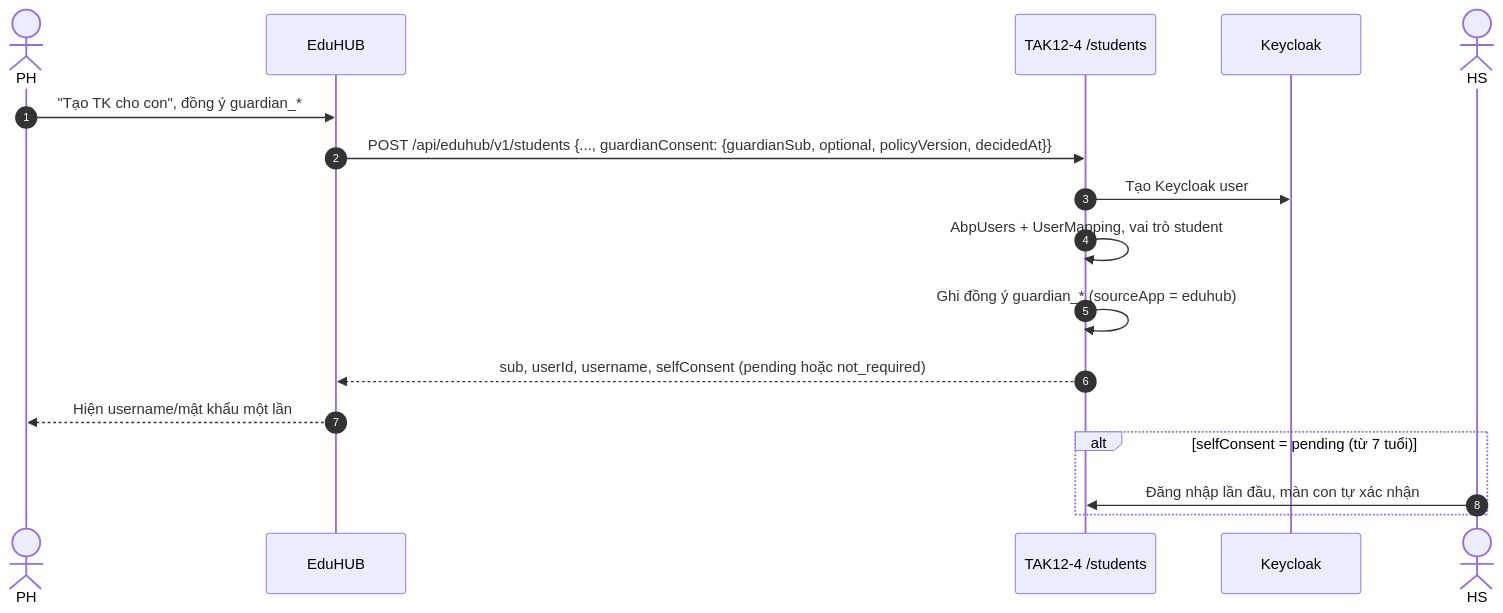
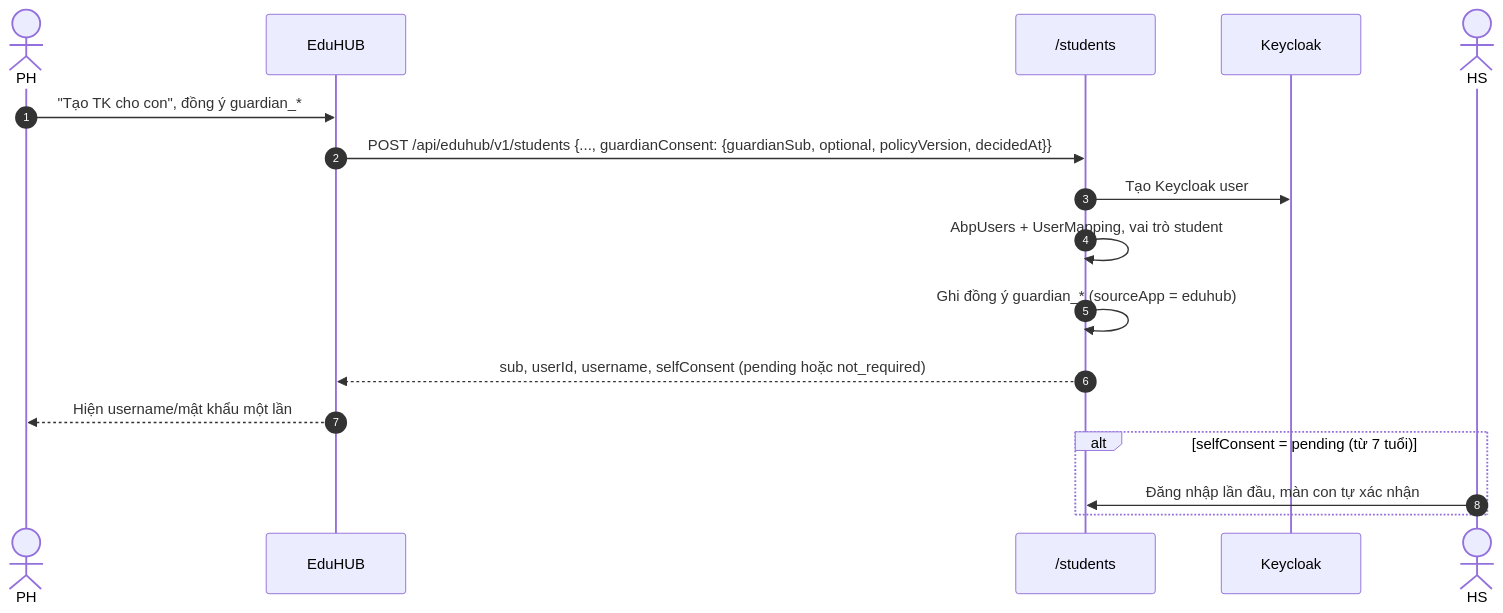
One commit to riddle-bash/tak12-eduhub-consent-flow changed the sixth of 8 diagrams in features-design.md. Above: the diagram before and after it, drawn with Mermaid. The commit also changed other lines of this file, not shown here.

````diff
--- a/features-design.md
+++ b/features-design.md
@@ -210,20 +209,20 @@
 ```mermaid
 sequenceDiagram
   autonumber
   actor PH
   participant E as EduHUB
-  participant T as TAK12-4 /students
+  participant T as /students
   participant KC as Keycloak
   actor HS
   PH->>E: "Tạo TK cho con", đồng ý guardian_*
   E->>T: POST /api/eduhub/v1/students {..., guardianConsent: {guardianSub, optional, policyVersion, decidedAt}}
   T->>KC: Tạo Keycloak user
   T->>T: AbpUsers + UserMapping, vai trò student
   T->>T: Ghi đồng ý guardian_* (sourceApp = eduhub)
   T-->>E: sub, userId, username, selfConsent (pending hoặc not_required)
   E-->>PH: Hiện username/mật khẩu một lần
   alt selfConsent = pending (từ 7 tuổi)
     HS->>T: Đăng nhập lần đầu, màn con tự xác nhận
   end
   
 ```
````
